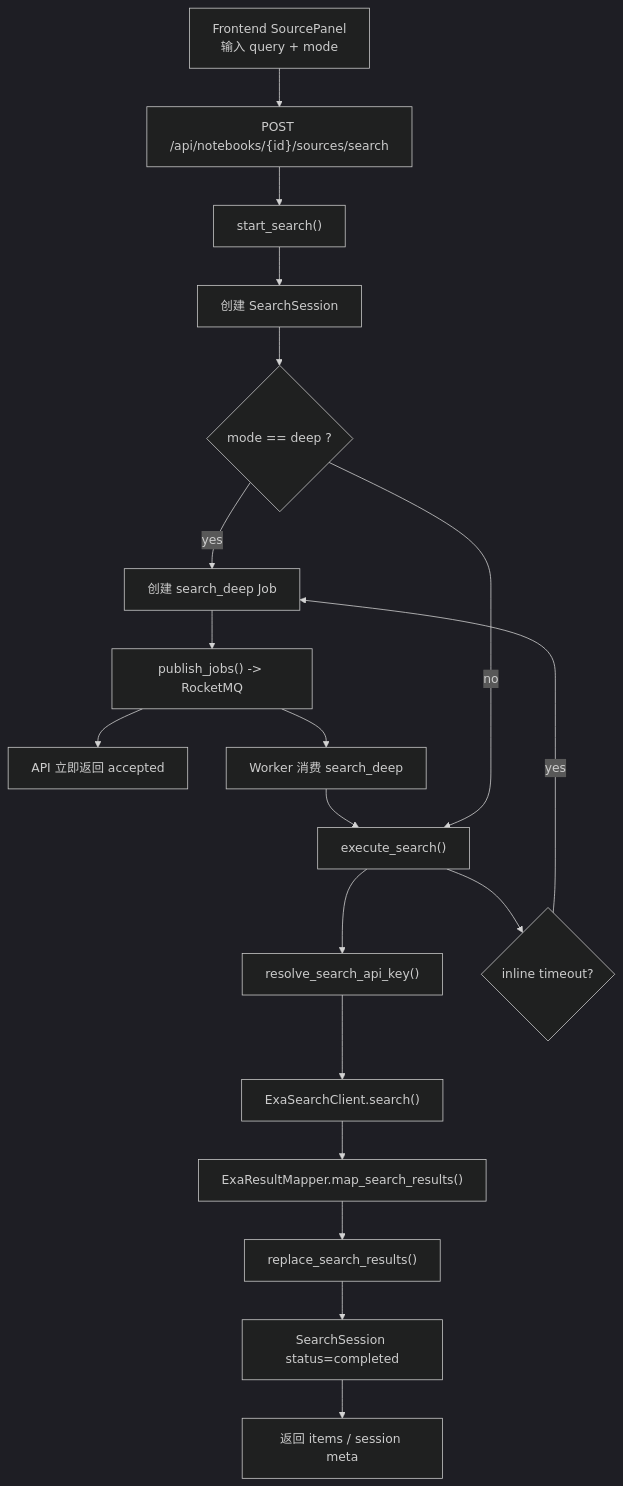
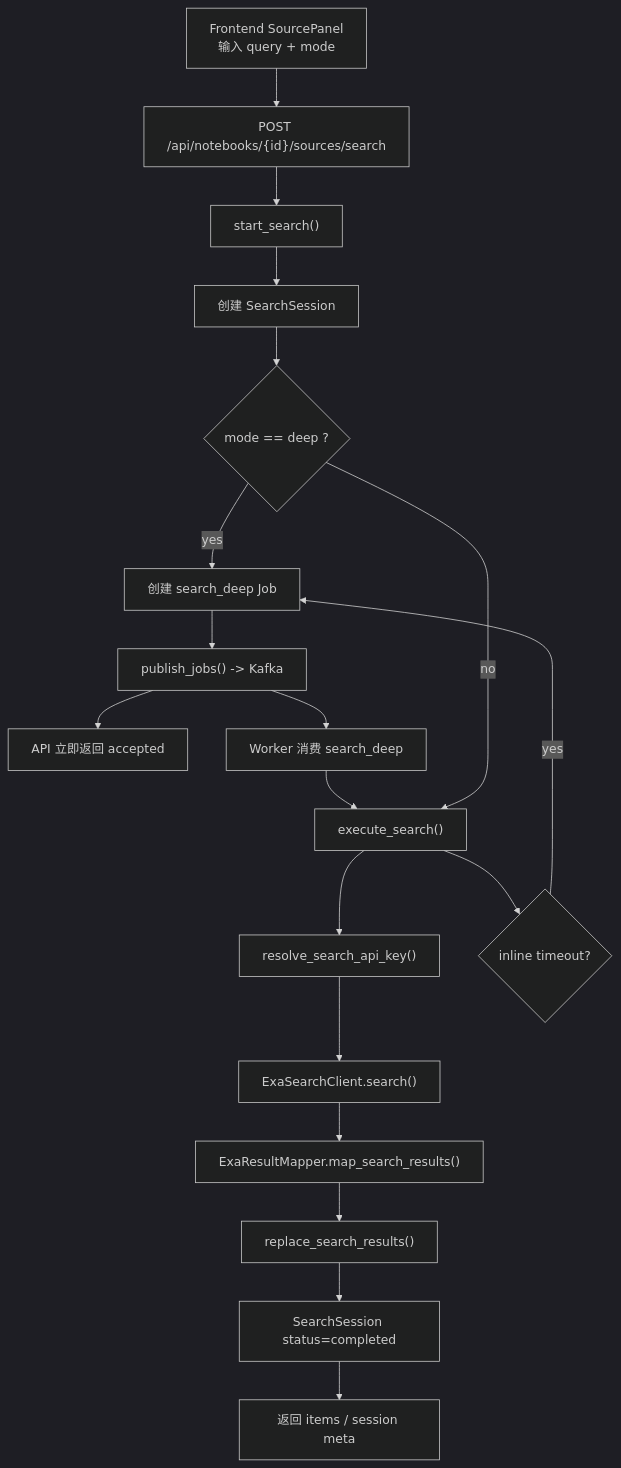
One commit to jiyue333/notebooklm changed the second of 6 diagrams in docs/system-architecture.md. Above: the diagram before and after it, drawn with Mermaid (dark theme). The commit also changed other lines of this file and 34 other files, not shown here.

````diff
--- a/docs/system-architecture.md
+++ b/docs/system-architecture.md
@@ -250,24 +241,24 @@
 ```mermaid
 flowchart TD
     A["Frontend SourcePanel<br/>输入 query + mode"] --> B["POST /api/notebooks/{id}/sources/search"]
     B --> C["start_search()"]
     C --> D["创建 SearchSession"]
     D --> E{"mode == deep ?"}
 
     E -- "yes" --> F["创建 search_deep Job"]
-    F --> G["publish_jobs() -> RocketMQ"]
+    F --> G["publish_jobs() -> Kafka"]
     G --> H["API 立即返回 accepted"]
     G --> I["Worker 消费 search_deep"]
     I --> J["execute_search()"]
 
     E -- "no" --> J
     J --> K["resolve_search_api_key()"]
     K --> L["ExaSearchClient.search()"]
     L --> M["ExaResultMapper.map_search_results()"]
     M --> N["replace_search_results()"]
     N --> O["SearchSession status=completed"]
     O --> P["返回 items / session meta"]
 
     J --> Q{"inline timeout?"}
     Q -- "yes" --> F
 ```
````
